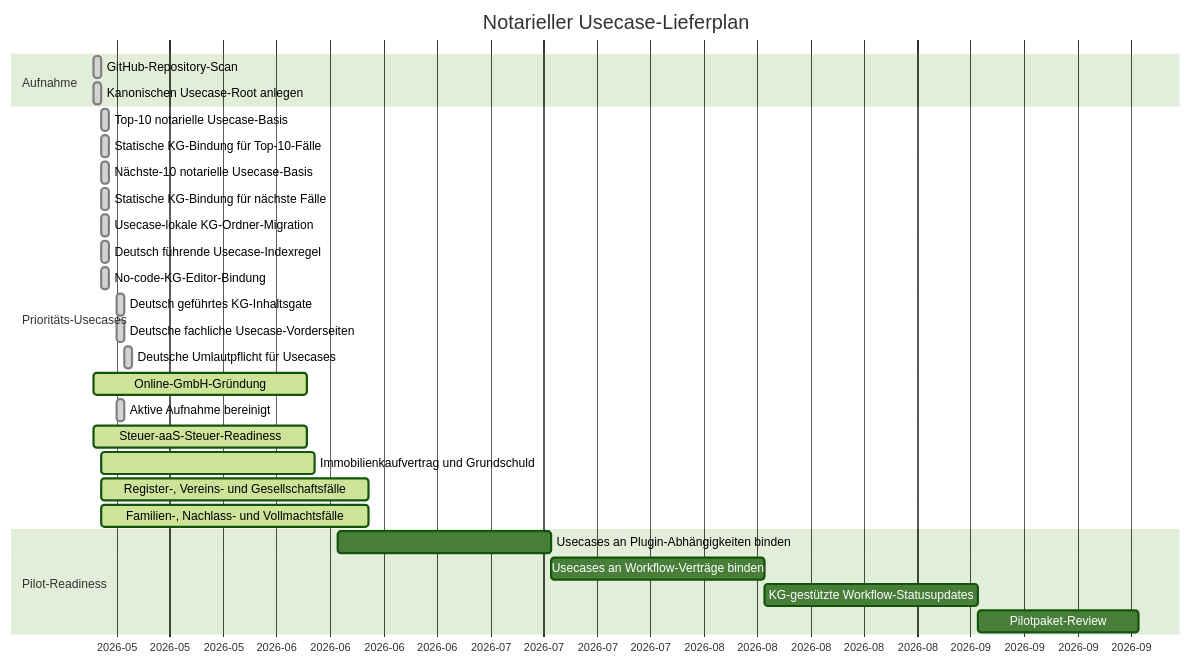
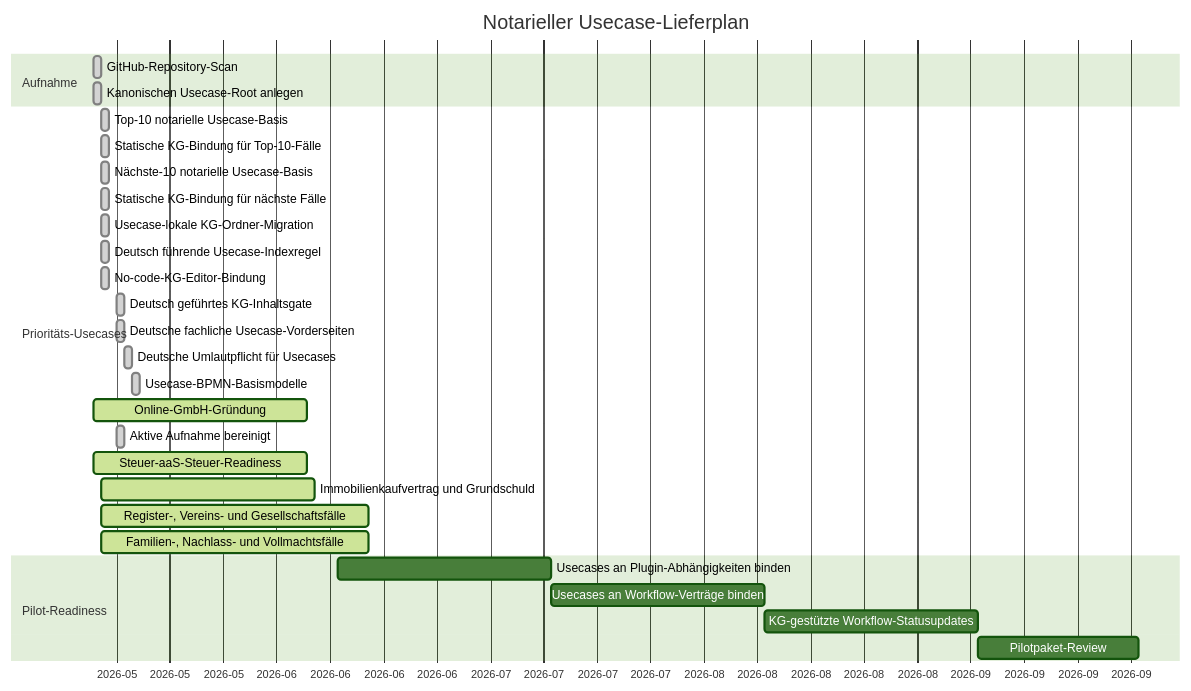
The diagram in usecases/GANTT.md (notariat8/NaC), drawn with Mermaid (forest theme) before and after one commit. The commit also changed other lines of this file and 43 other files, not shown here.

Commit message:
Add BPMN usecase editor workflow

````diff
--- a/usecases/GANTT.md
+++ b/usecases/GANTT.md
@@ -5,34 +5,35 @@
 ```mermaid
 gantt
     title Notarieller Usecase-Lieferplan
     dateFormat  YYYY-MM-DD
     axisFormat  %Y-%m
 
     section Aufnahme
     GitHub-Repository-Scan                     :done,   u1, 2026-05-14, 1d
     Kanonischen Usecase-Root anlegen           :done,   u2, 2026-05-14, 1d
 
     section Prioritäts-Usecases
     Top-10 notarielle Usecase-Basis            :done,   u3, 2026-05-15, 1d
     Statische KG-Bindung für Top-10-Fälle    :done,   u4, 2026-05-15, 1d
     Nächste-10 notarielle Usecase-Basis       :done,   u5, 2026-05-15, 1d
     Statische KG-Bindung für nächste Fälle  :done,   u6, 2026-05-15, 1d
     Usecase-lokale KG-Ordner-Migration         :done,   u6a, 2026-05-15, 1d
     Deutsch führende Usecase-Indexregel       :done,   u6b, 2026-05-15, 1d
     No-code-KG-Editor-Bindung                  :done,   u6c, 2026-05-15, 1d
     Deutsch geführtes KG-Inhaltsgate          :done,   u6d, 2026-05-17, 1d
     Deutsche fachliche Usecase-Vorderseiten     :done,   u6e, 2026-05-17, 1d
     Deutsche Umlautpflicht für Usecases       :done,   u6f, 2026-05-18, 1d
+    Usecase-BPMN-Basismodelle                  :done,   u6g, 2026-05-19, 1d
     Online-GmbH-Gründung                      :active, u7, 2026-05-14, 28d
     Aktive Aufnahme bereinigt                  :done,   u8, 2026-05-17, 1d
     Steuer-aaS-Steuer-Readiness                :active, u9, 2026-05-14, 28d
     Immobilienkaufvertrag und Grundschuld      :active, u10, 2026-05-15, 28d
     Register-, Vereins- und Gesellschaftsfälle :active, u11, 2026-05-15, 35d
     Familien-, Nachlass- und Vollmachtsfälle  :active, u12, 2026-05-15, 35d
 
     section Pilot-Readiness
     Usecases an Plugin-Abhängigkeiten binden  :        u13, 2026-06-15, 28d
     Usecases an Workflow-Verträge binden      :        u14, after u13, 28d
     KG-gestützte Workflow-Statusupdates       :        u15, after u14, 28d
     Pilotpaket-Review                          :        u16, after u15, 21d
 ```
````
